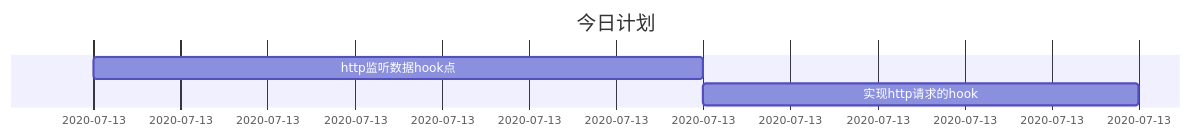
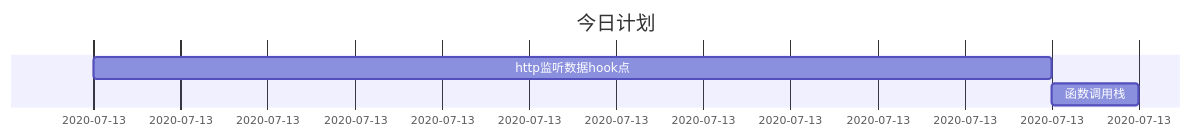
Before and after one commit to luotianqi777/Notebook: the second of 2 diagrams in Plan.md, drawn with Mermaid. The commit also changed other lines of this file and 1 other file, not shown here.

````diff
--- a/Plan.md
+++ b/Plan.md
@@ -20,7 +20,7 @@
 ```mermaid
 gantt
 dateFormat  HH:mm
 title 今日计划
-http监听数据hook点: 09:00, 16:00
-实现http请求的hook: 16:00, 21:00
+http监听数据hook点: 09:00, 20:00
+函数调用栈: 20:00, 21:00
 ```
````
